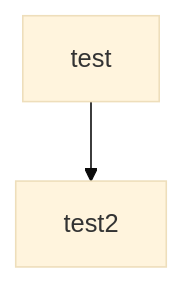
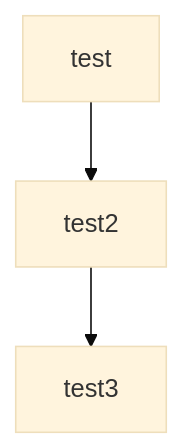
The diagram in docs/mermaid.md (disambiguationuk/MermaidTest), drawn with Mermaid (base theme) before and after one commit.

````diff
--- a/docs/mermaid.md
+++ b/docs/mermaid.md
@@ -1,5 +1,6 @@
 ```mermaid
 graph TD
     test --> test2
+    test2 --> test3
 
 ```
````
